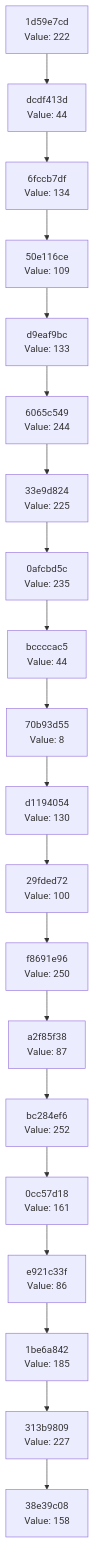
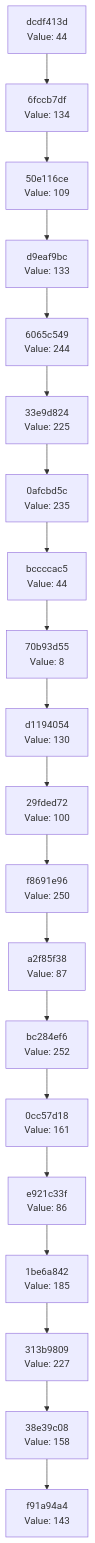
One commit to Abhisheksinha1506/hash-chain-evolver changed the diagram in docs/CHAIN_VISUALIZATION.md. Above: the diagram before and after it, drawn with Mermaid. The commit also changed 2 other files, not shown here.

Commit message:
Evolution Step

````diff
--- a/docs/CHAIN_VISUALIZATION.md
+++ b/docs/CHAIN_VISUALIZATION.md
@@ -3,42 +3,42 @@
 ```mermaid
 graph TD
-    C0["38e39c08<br/>Value: 158"]
-    C1["313b9809<br/>Value: 227"]
+    C0["f91a94a4<br/>Value: 143"]
+    C1["38e39c08<br/>Value: 158"]
     C1 --> C0
-    C2["1be6a842<br/>Value: 185"]
+    C2["313b9809<br/>Value: 227"]
     C2 --> C1
-    C3["e921c33f<br/>Value: 86"]
+    C3["1be6a842<br/>Value: 185"]
     C3 --> C2
-    C4["0cc57d18<br/>Value: 161"]
+    C4["e921c33f<br/>Value: 86"]
     C4 --> C3
-    C5["bc284ef6<br/>Value: 252"]
+    C5["0cc57d18<br/>Value: 161"]
     C5 --> C4
-    C6["a2f85f38<br/>Value: 87"]
+    C6["bc284ef6<br/>Value: 252"]
     C6 --> C5
-    C7["f8691e96<br/>Value: 250"]
+    C7["a2f85f38<br/>Value: 87"]
     C7 --> C6
-    C8["29fded72<br/>Value: 100"]
+    C8["f8691e96<br/>Value: 250"]
     C8 --> C7
-    C9["d1194054<br/>Value: 130"]
+    C9["29fded72<br/>Value: 100"]
     C9 --> C8
-    C10["70b93d55<br/>Value: 8"]
+    C10["d1194054<br/>Value: 130"]
     C10 --> C9
-    C11["bccccac5<br/>Value: 44"]
+    C11["70b93d55<br/>Value: 8"]
     C11 --> C10
-    C12["0afcbd5c<br/>Value: 235"]
+    C12["bccccac5<br/>Value: 44"]
     C12 --> C11
-    C13["33e9d824<br/>Value: 225"]
+    C13["0afcbd5c<br/>Value: 235"]
     C13 --> C12
-    C14["6065c549<br/>Value: 244"]
+    C14["33e9d824<br/>Value: 225"]
     C14 --> C13
-    C15["d9eaf9bc<br/>Value: 133"]
+    C15["6065c549<br/>Value: 244"]
     C15 --> C14
-    C16["50e116ce<br/>Value: 109"]
+    C16["d9eaf9bc<br/>Value: 133"]
     C16 --> C15
-    C17["6fccb7df<br/>Value: 134"]
+    C17["50e116ce<br/>Value: 109"]
     C17 --> C16
-    C18["dcdf413d<br/>Value: 44"]
+    C18["6fccb7df<br/>Value: 134"]
     C18 --> C17
-    C19["1d59e7cd<br/>Value: 222"]
+    C19["dcdf413d<br/>Value: 44"]
     C19 --> C18
 ```
````
